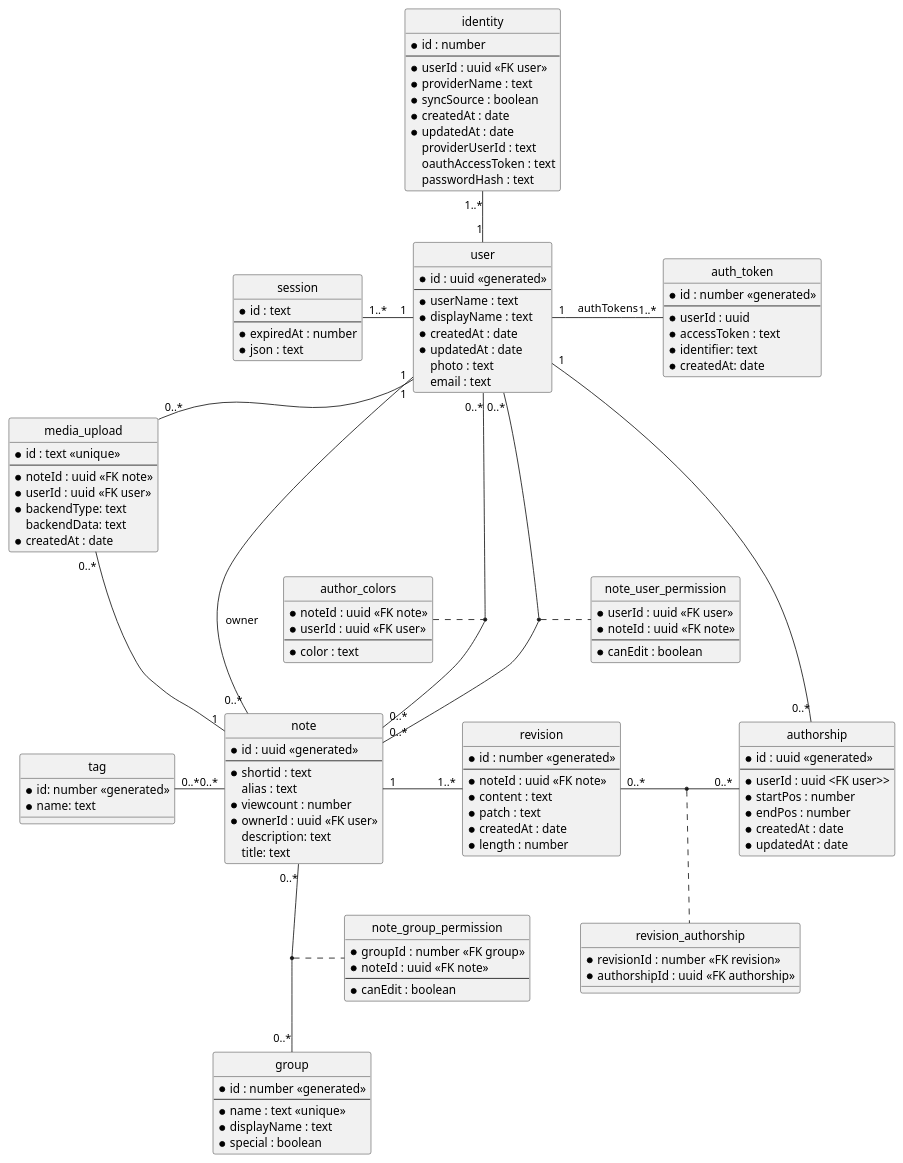
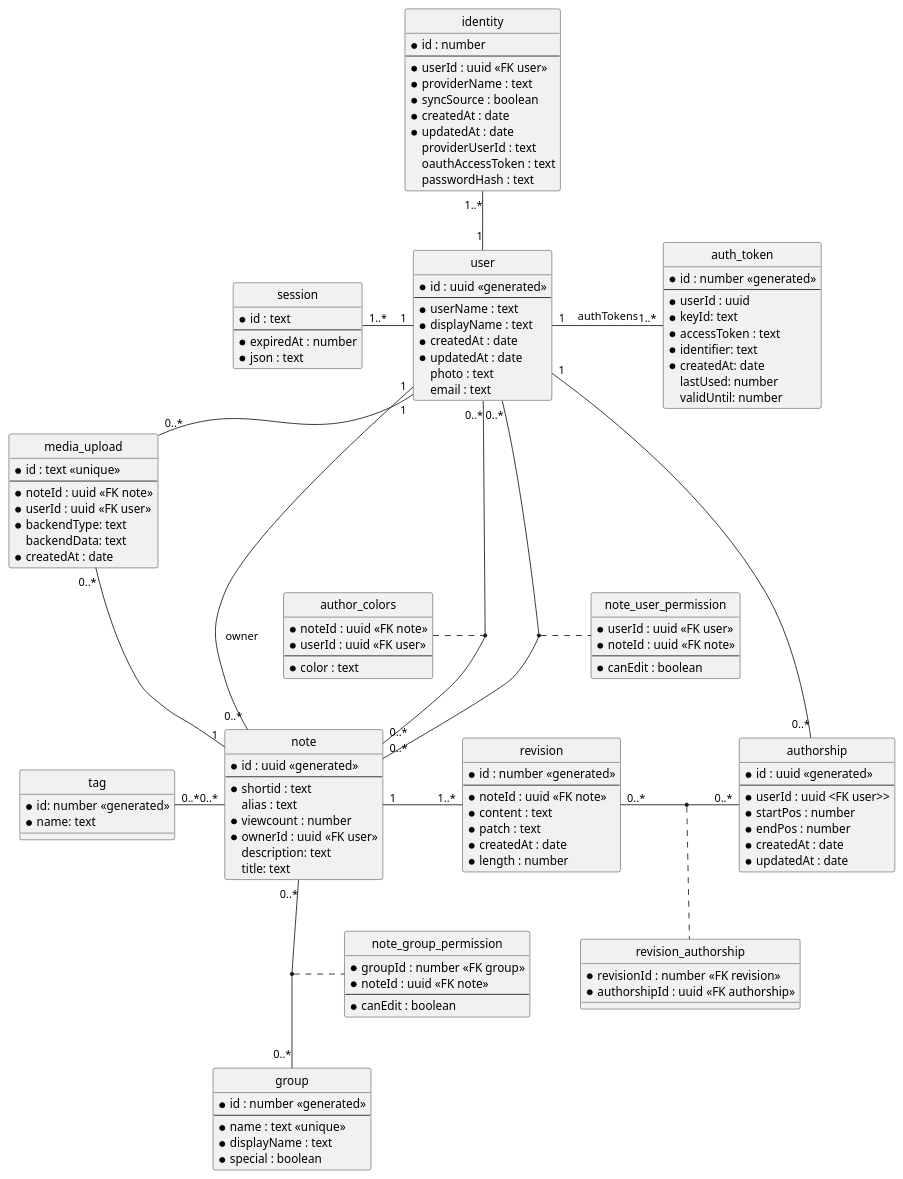
Before and after one commit to hedgedoc/hedgedoc: the diagram in docs/content/dev/db-schema.plantuml, drawn with PlantUML. The commit also changed 8 other files, not shown here.

```diff
--- a/docs/content/dev/db-schema.plantuml
+++ b/docs/content/dev/db-schema.plantuml
@@ -1,156 +1,159 @@
 @startuml
 hide circle
 skinparam nodesep 60
 
 entity "note" {
   *id : uuid <<generated>>
   --
   *shortid : text
   alias : text
   *viewcount : number
   *ownerId : uuid <<FK user>>
   description: text
   title: text
 }
 
 entity "user" {
   *id : uuid <<generated>>
   --
   *userName : text
   *displayName : text
   *createdAt : date
   *updatedAt : date
   photo : text
   email : text
 }
 
 entity "auth_token"{
   *id : number <<generated>>
   --
   *userId : uuid
+  *keyId: text
   *accessToken : text
   *identifier: text
   *createdAt: date
+  lastUsed: number
+  validUntil: number
 }
 
 entity "identity" {
   *id : number
   --
   *userId : uuid <<FK user>>
   ' Identifies the external login provider and is set in the config
   *providerName : text
   *syncSource : boolean
   *createdAt : date
   *updatedAt : date
   ' The unique identifier of a user from the login provider
   providerUserId : text
   ' Token used to access the OAuth provider in the users name. Can be NULL
   oauthAccessToken : text
   ' Password hash. Can be NULL
   passwordHash : text
 }
 
 entity "session" {
   *id : text
   --
   *expiredAt : number
   *json : text
 }
 
 
 entity "revision" {
   *id : number <<generated>>
   --
   *noteId : uuid <<FK note>>
   *content : text
   *patch : text
   *createdAt : date
   *length : number
 }
 
 entity "authorship" {
   *id : uuid <<generated>>
   --
   *userId : uuid <FK user>>
   *startPos : number
   *endPos : number
   *createdAt : date
   *updatedAt : date
 }
 
 entity "revision_authorship" {
   *revisionId : number <<FK revision>>
   *authorshipId : uuid <<FK authorship>>
 }
 
 entity "author_colors" {
   *noteId : uuid <<FK note>>
   *userId : uuid <<FK user>>
   --
   *color : text
 }
 
 
 entity "note_user_permission" {
   *userId : uuid <<FK user>>
   *noteId : uuid <<FK note>>
   --
   *canEdit : boolean
 }
 
 entity "group" {
   *id : number <<generated>>
   --
   *name : text <<unique>>
   *displayName : text
   ' Is set to denote a special group
   ' Special groups are used to map the old share settings like "everyone can edit"
   ' or "logged in users can view" to the group permission system
   *special : boolean
   }
 
 entity "note_group_permission" {
   *groupId : number <<FK group>>
   *noteId : uuid <<FK note>>
   --
   *canEdit : boolean
 }
 
 entity "tag" {
   *id: number <<generated>>
   *name: text
 }
 
 entity "media_upload" {
   *id : text <<unique>>
   --
   *noteId : uuid <<FK note>>
   *userId : uuid <<FK user>>
   *backendType: text
   backendData: text
   *createdAt : date
 }
 
 user "1" -- "0..*" note: owner
 user "1" -u- "1..*" identity
 user "1" - "1..*" auth_token: authTokens
 user "1" -l- "1..*" session
 user "1" - "0..*" media_upload
 user "0..*" -- "0..*" note
 user "1" - "0..*" authorship
 
 (user, note) . author_colors
 
 revision "0..*" - "0..*" authorship
 (revision, authorship) .. revision_authorship
 
 media_upload "0..*"  -- "1" note
 note "1" - "1..*" revision
 note "0..*" -l- "0..*" tag
 note "0..*" -- "0..*" group
 
 user "0..*" -- "0..*" note
 (user, note) . note_user_permission
 (note, group) . note_group_permission
 
 @enduml
```
